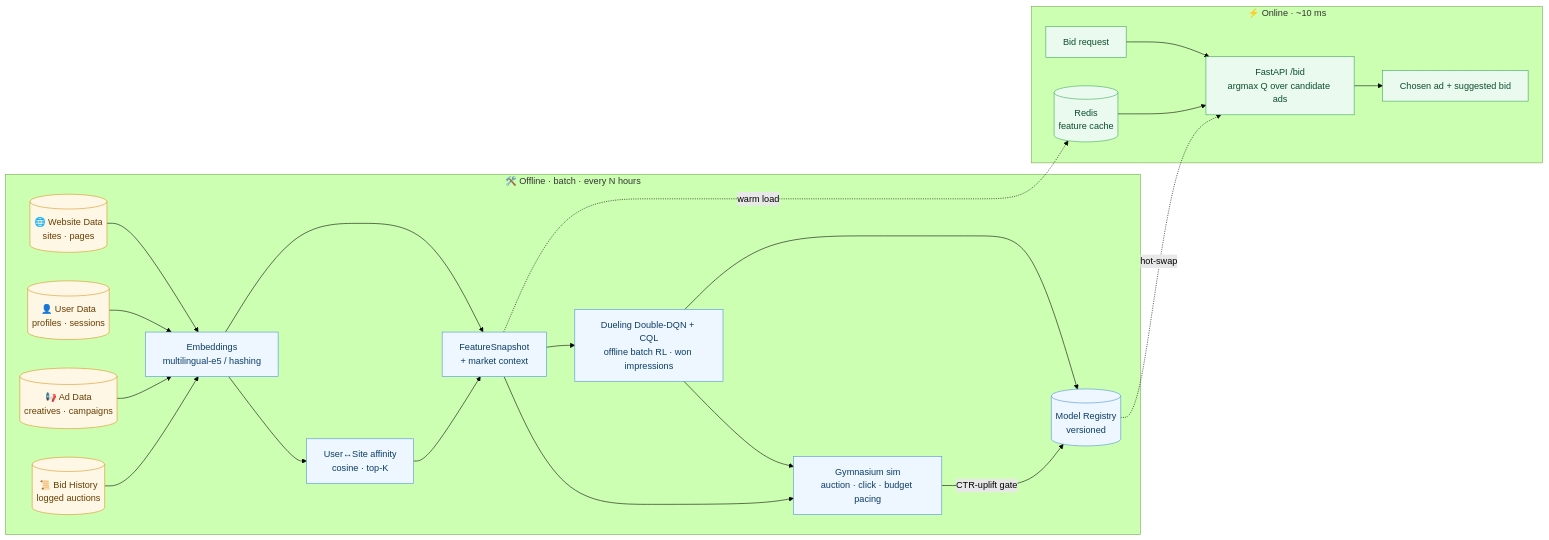
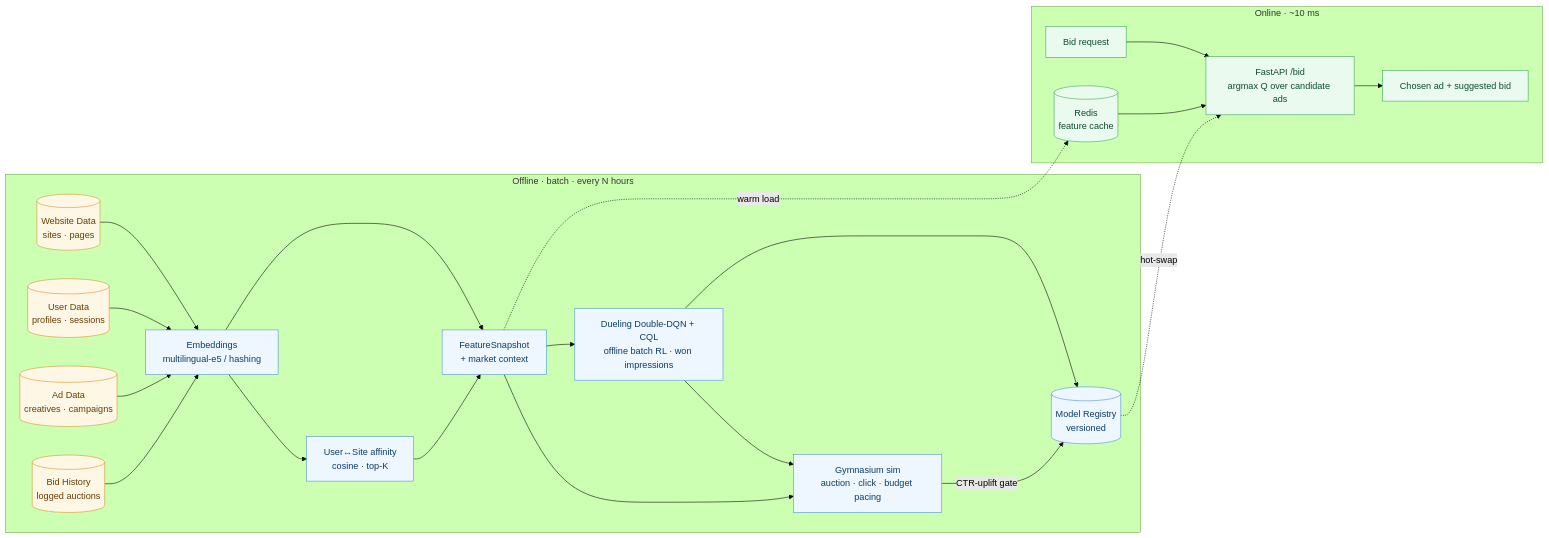
Before and after one commit to dvallslanaquera/rtb-rl-exercise: the diagram in README.md, drawn with Mermaid (forest theme). The commit also changed other lines of this file, not shown here.

````diff
--- a/README.md
+++ b/README.md
@@ -66,37 +66,37 @@
 ```mermaid
 flowchart LR
-    subgraph OFF["🛠️ Offline · batch · every N hours"]
-        DB1[("🌐 Website Data<br/>sites · pages")]
-        DB2[("👤 User Data<br/>profiles · sessions")]
-        DB3[("📢 Ad Data<br/>creatives · campaigns")]
-        DB4[("📜 Bid History<br/>logged auctions")]
+    subgraph OFF["Offline · batch · every N hours"]
+        DB1[("Website Data<br/>sites · pages")]
+        DB2[("User Data<br/>profiles · sessions")]
+        DB3[("Ad Data<br/>creatives · campaigns")]
+        DB4[("Bid History<br/>logged auctions")]
         DB1 --> E["Embeddings<br/>multilingual-e5 / hashing"]
         DB2 --> E
         DB3 --> E
         DB4 --> E
         E --> A["User↔Site affinity<br/>cosine · top-K"]
         E --> F["FeatureSnapshot<br/>+ market context"]
         A --> F
         F --> T["Dueling Double-DQN + CQL<br/>offline batch RL · won impressions"]
         T --> S["Gymnasium sim<br/>auction · click · budget pacing"]
         F --> S
         T --> R[("Model Registry<br/>versioned")]
         S -->|"CTR-uplift gate"| R
     end
 
-    subgraph ON["⚡ Online · ~10 ms"]
+    subgraph ON["Online · ~10 ms"]
         REQ["Bid request"] --> SCORE["FastAPI /bid<br/>argmax Q over candidate ads"]
         CACHE[("Redis<br/>feature cache")] --> SCORE
         SCORE --> RESP["Chosen ad + suggested bid"]
     end
 
     R -. "hot-swap" .-> SCORE
     F -. "warm load" .-> CACHE
 
     classDef off fill:#eef6ff,stroke:#4a90d9,color:#0b3d66;
     classDef on fill:#eafaef,stroke:#3aa657,color:#0b4d2c;
     classDef data fill:#fff7e6,stroke:#d9911e,color:#663d00;
     class E,A,F,T,S,R off;
     class DB1,DB2,DB3,DB4 data;
     class REQ,SCORE,CACHE,RESP on;
 ```
````
